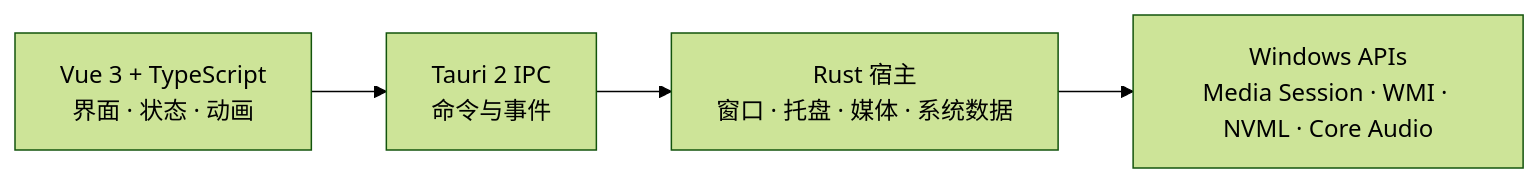
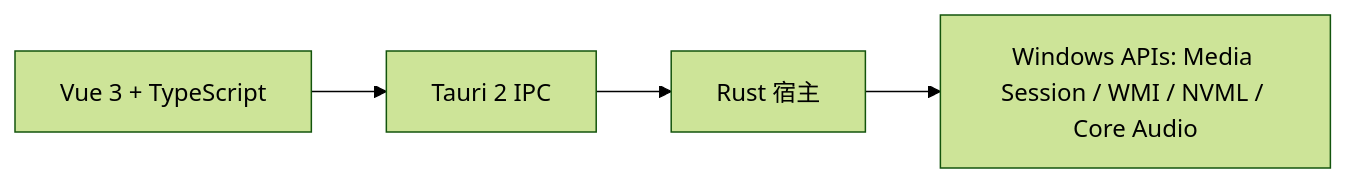
One commit to Hayden0226/Dynamic_Island_for_Windows changed the diagram in README.md. Above: the diagram before and after it, drawn with Mermaid (forest theme).

Commit message:
docs: fix Mermaid architecture diagram

````diff
--- a/README.md
+++ b/README.md
@@ -146,6 +146,6 @@
 ```mermaid
 flowchart LR
-  UI["Vue 3 + TypeScript<br/>界面 · 状态 · 动画"] --> IPC["Tauri 2 IPC<br/>命令与事件"]
-  IPC --> HOST["Rust 宿主<br/>窗口 · 托盘 · 媒体 · 系统数据"]
-  HOST --> WIN["Windows APIs<br/>Media Session · WMI · NVML · Core Audio"]
+  UI["Vue 3 + TypeScript"] --> IPC["Tauri 2 IPC"]
+  IPC --> HOST["Rust 宿主"]
+  HOST --> WIN["Windows APIs: Media Session / WMI / NVML / Core Audio"]
 ```
````
